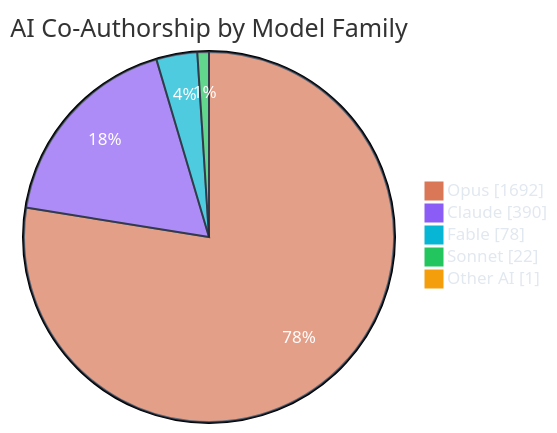
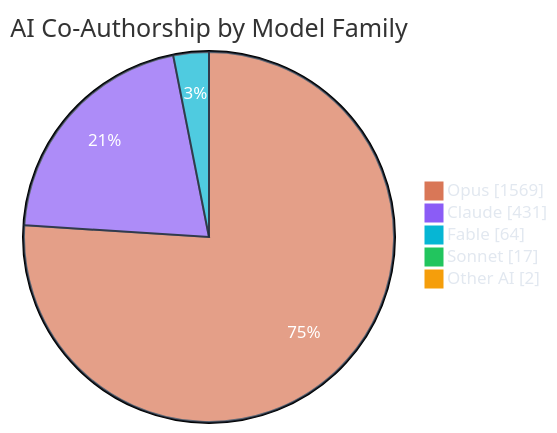
One commit to polo-nyan/polo-nyan changed the third of 7 diagrams in README.md. Above: the diagram before and after it, drawn with Mermaid. The commit also changed other lines of this file and 1 other file, not shown here.

````diff
--- a/README.md
+++ b/README.md
@@ -279,10 +279,10 @@
 ```mermaid
 %%{init: {"theme": "base", "themeVariables": { "pie1": "#d97757", "pie2": "#8b5cf6", "pie3": "#06b6d4", "pie4": "#22c55e", "pie5": "#f59e0b", "pie6": "#ec4899", "pieTextColor": "#ffffff", "pieLegendTextColor": "#e2e8f0", "pieSectionTextColor": "#ffffff", "pieStrokeColor": "#1e293b" }}}%%
 pie showData
     title AI Co-Authorship by Model Family
-    "Opus" : 1692
-    "Claude" : 390
-    "Fable" : 78
-    "Sonnet" : 22
-    "Other AI" : 1
+    "Opus" : 1569
+    "Claude" : 431
+    "Fable" : 64
+    "Sonnet" : 17
+    "Other AI" : 2
 ```
````
